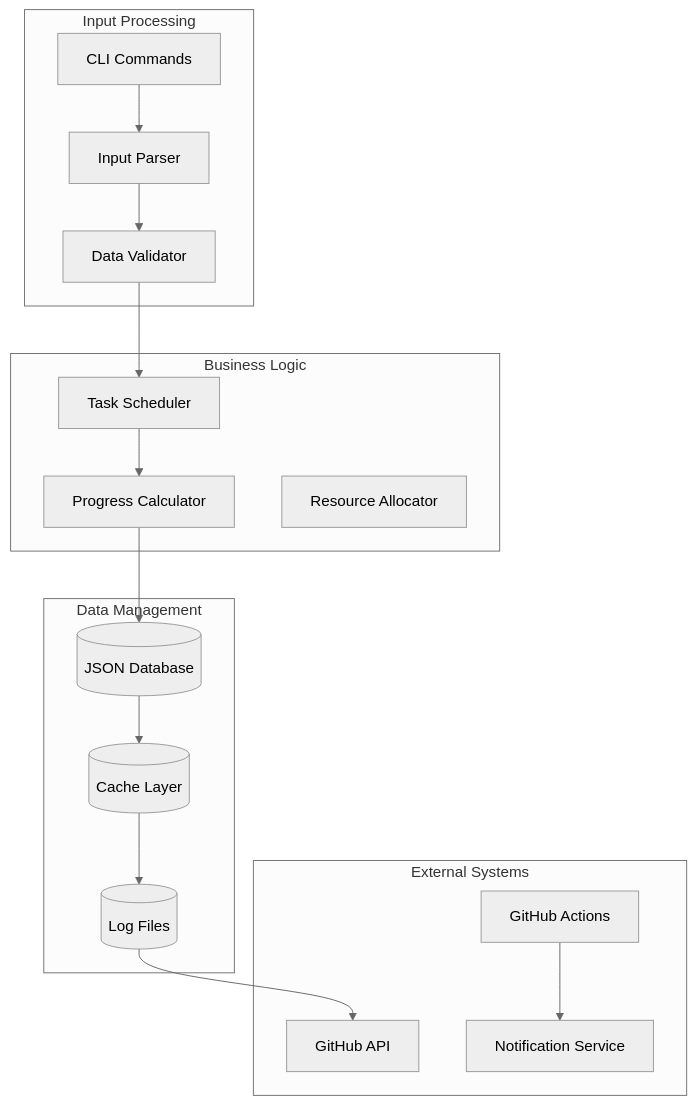
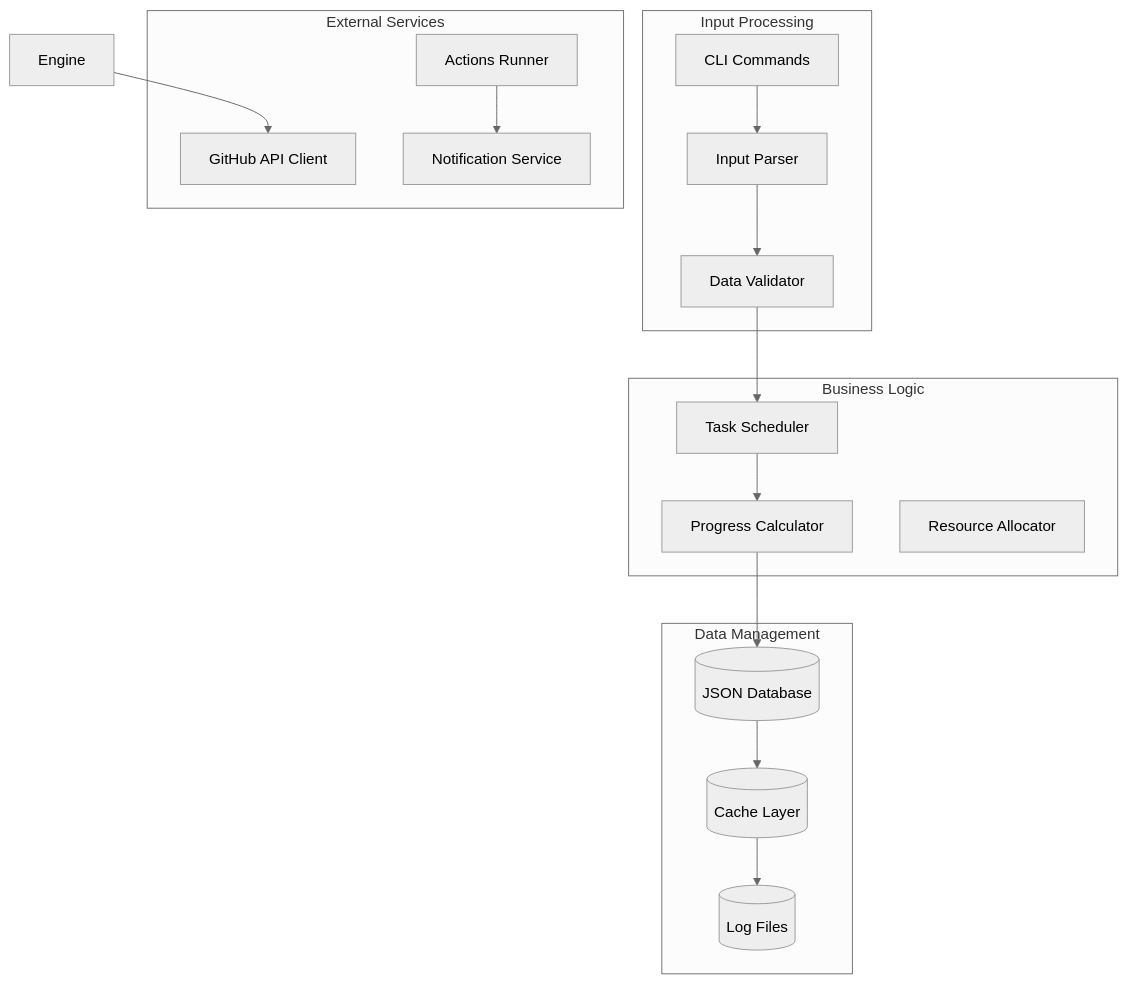
Before and after one commit to Shakour-Data/AutoProjectManagement: the ninth of 12 diagrams in README.md, drawn with Mermaid (neutral theme). The commit also changed other lines of this file, not shown here.

Commit message:
`Update README and diagrams to reflect changes in project workflow and architecture`

````diff
--- a/README.md
+++ b/README.md
@@ -172,36 +201,36 @@
 ```mermaid
 graph TD
     subgraph "Input Processing"
         CLI[CLI Commands]
         Parser[Input Parser]
         Validator[Data Validator]
     end
     
     subgraph "Business Logic"
         Scheduler[Task Scheduler]
         Calculator[Progress Calculator]
         Allocator[Resource Allocator]
     end
     
     subgraph "Data Management"
         JSONDB[(JSON Database)]
         Cache[(Cache Layer)]
         Logger[(Log Files)]
     end
     
-    subgraph "External Systems"
-        GitHubAPI[GitHub API]
-        Actions[GitHub Actions]
+    subgraph "External Services"
+        GitHubAPI[GitHub API Client]
+        Actions[Actions Runner]
         Notifications[Notification Service]
     end
     
     CLI --> Parser
     Parser --> Validator
     Validator --> Scheduler
     Scheduler --> Calculator
     Calculator --> JSONDB
     JSONDB --> Cache
     Cache --> Logger
-    Logger --> GitHubAPI
+    Engine --> GitHubAPI
     Actions --> Notifications
 ```
````
